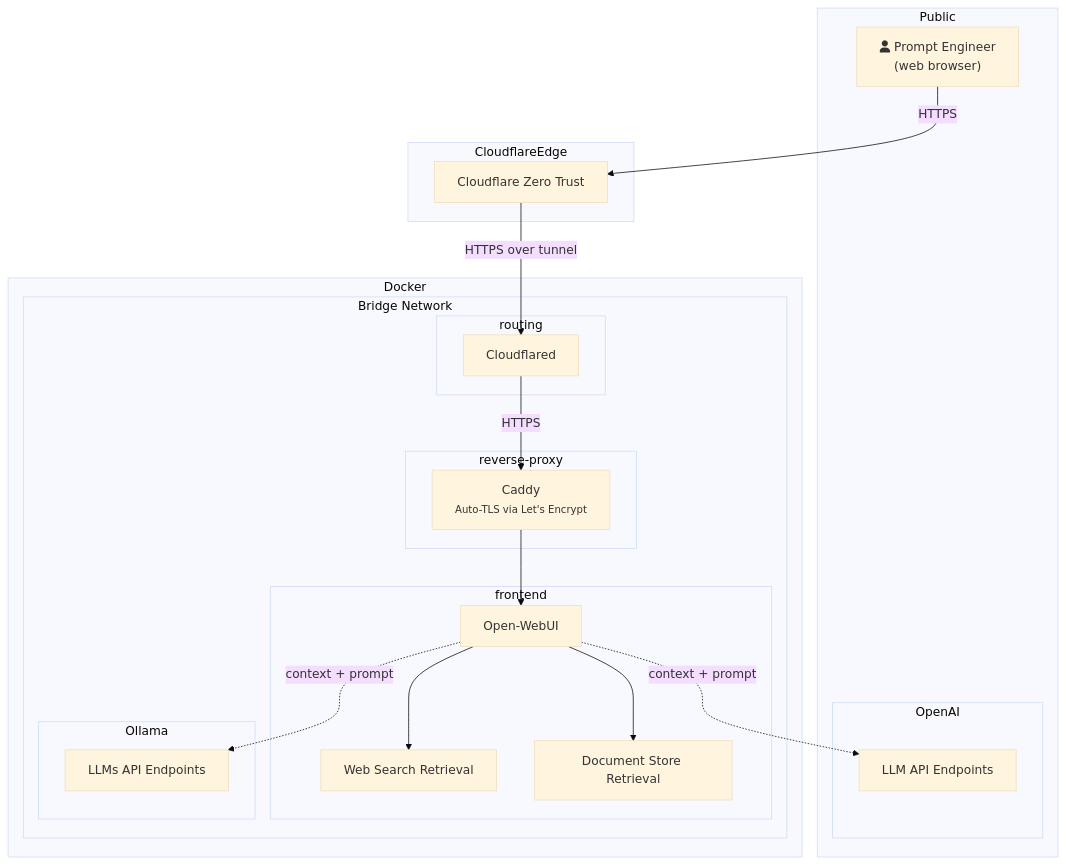
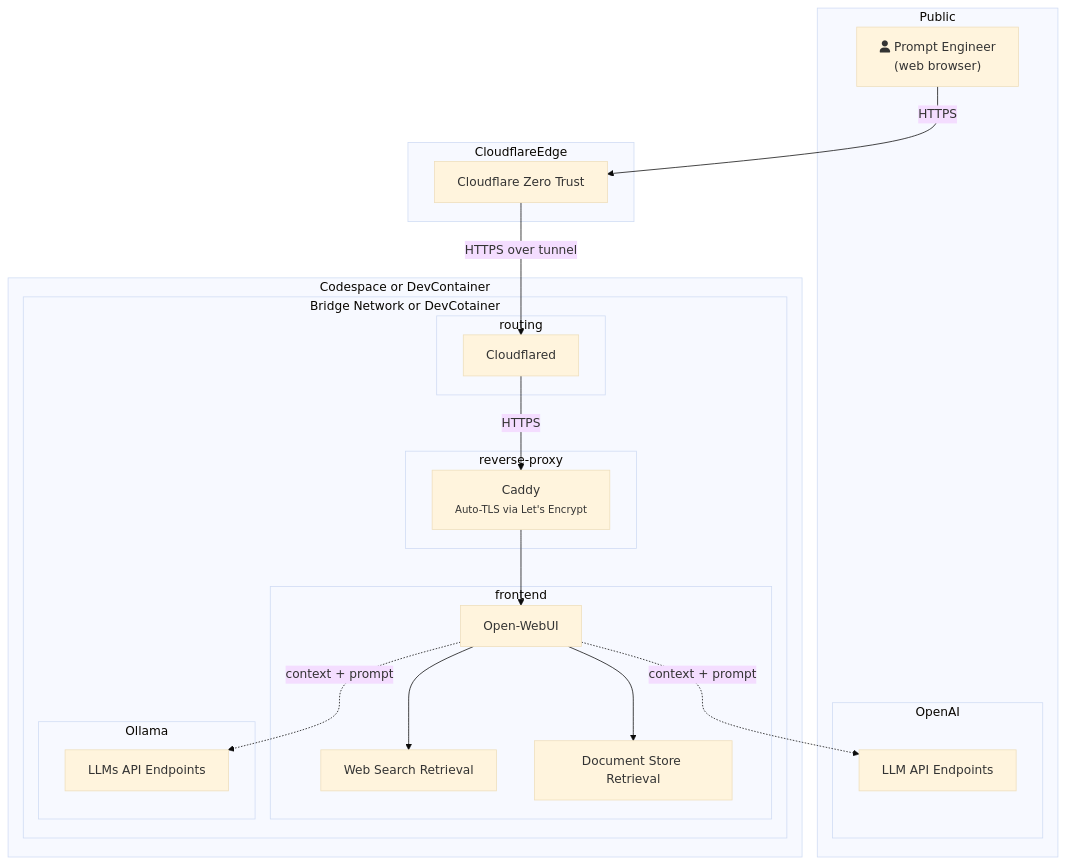
Before and after one commit to piky/open-webui: the diagram in README.md, drawn with Mermaid (base theme).

Commit message:
Rename subgraph for private network

````diff
--- a/README.md
+++ b/README.md
@@ -16,51 +16,51 @@
 ```mermaid
 flowchart TD
     %% External actors
     subgraph Public
         user["fa:fa-user Prompt Engineer\n(web browser)"]
             subgraph OpenAI
                 openai["LLM API Endpoints"]
             end
     end
 
     %% Cloudflare side
     subgraph CloudflareEdge
         cf["Cloudflare Zero Trust"]
     end
 
     %% Corporate network behind firewall
-    subgraph Docker
+    subgraph Codespace or DevContainer
 
-        subgraph Bridge Network
+        subgraph Bridge Network or DevCotainer
 
             subgraph routing
                 firewall["Cloudflared"]
             end
 
             subgraph reverse-proxy
                 caddy["Caddy \n<small> Auto-TLS via Let's Encrypt</small>"]
             end
 
             subgraph frontend
                 fe_app["Open-WebUI"]
                 rag_web["Web Search Retrieval"]
                 rag_doc["Document Store Retrieval"]
             end
             subgraph Ollama
                 ollama["LLMs API Endpoints"]
             end
         end
     end
 
     %% Flow
     user  -->|HTTPS| cf
     cf    -->|HTTPS over tunnel| firewall
     firewall -->|HTTPS| caddy
     caddy --> fe_app
 
     fe_app --> rag_web
     fe_app --> rag_doc
     fe_app -.->|context + prompt| ollama
 
     fe_app -.->|context + prompt| openai
 ```
````
